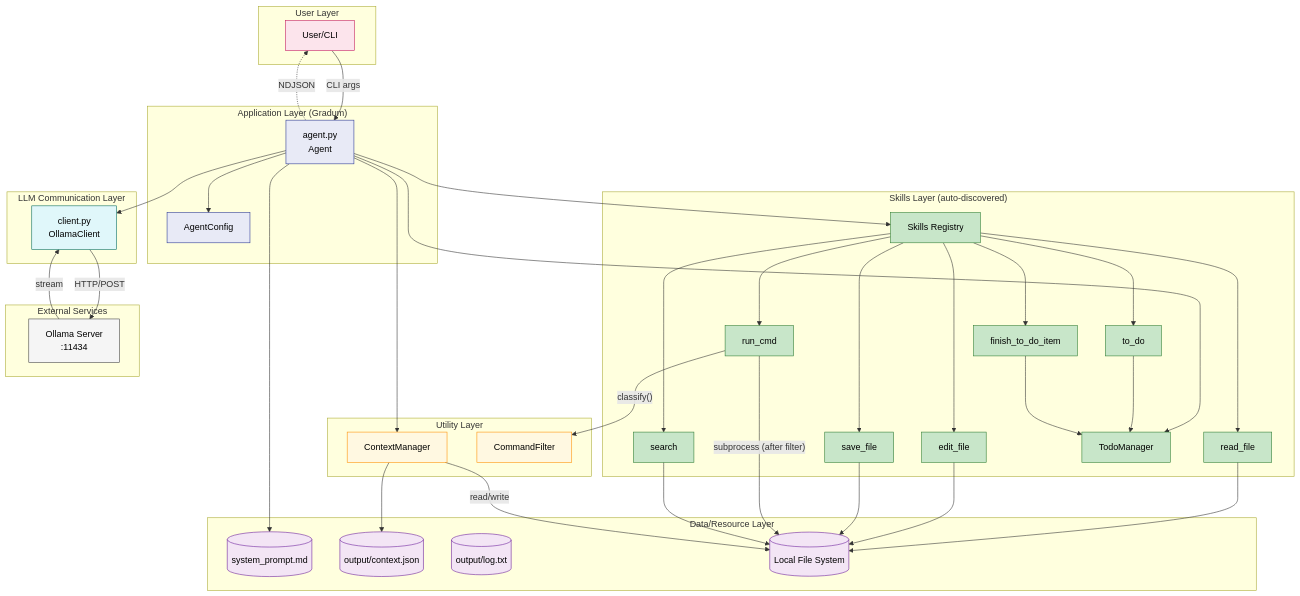
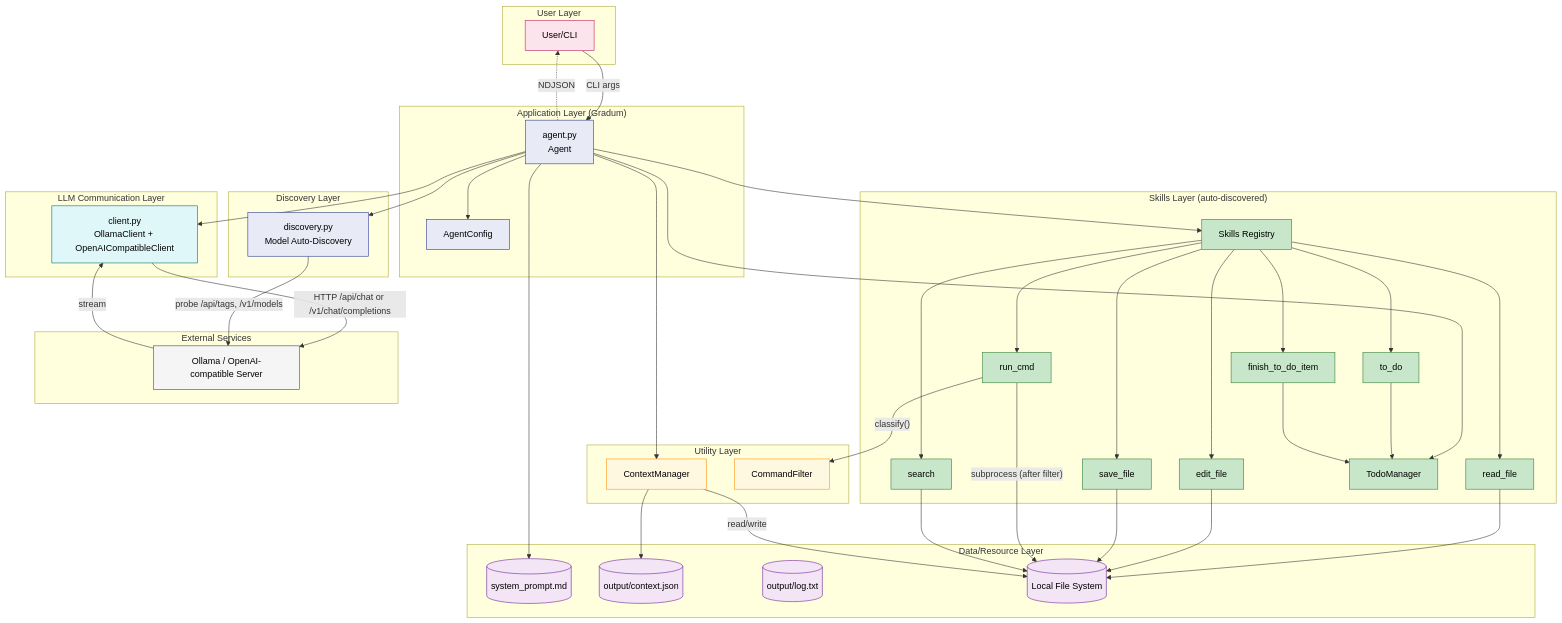
The tenth of 14 diagrams in docs/ARCHITECTURE.md (lg841226/Gradum), drawn with Mermaid before and after one commit. The commit also changed other lines of this file and 7 other files, not shown here.

```diff
--- a/docs/ARCHITECTURE.md
+++ b/docs/ARCHITECTURE.md
@@ -801,7 +855,11 @@
     end
 
     subgraph LLMIO["LLM Communication Layer"]
-        Client["client.py<br/>OllamaClient"]
+        Client["client.py<br/>OllamaClient + OpenAICompatibleClient"]
+    end
+
+    subgraph DiscoveryLayer["Discovery Layer"]
+        Discovery["discovery.py<br/>Model Auto-Discovery"]
     end
 
     subgraph SkillsLayer["Skills Layer (auto-discovered)"]
@@ -829,7 +887,7 @@
     end
 
     subgraph External["External Services"]
-        Ollama[Ollama Server<br/>:11434]
+        Ollama[Ollama / OpenAI-compatible Server]
     end
 
     U -->|CLI args| Agent
@@ -837,12 +895,15 @@
     Agent --> SysPrompt
     Agent --> IO
     Agent --> Client
+    Agent --> Discovery
     Agent --> Skills
     Agent --> TodoMgr
     Agent -.->|NDJSON| U
 
-    Client -->|HTTP/POST| Ollama
+    Client -->|HTTP /api/chat or /v1/chat/completions| Ollama
     Ollama -->|stream| Client
+
+    Discovery -->|probe /api/tags, /v1/models| Ollama
 
     Skills --> SRead
     Skills --> SEdit
@@ -875,6 +936,7 @@
     class U user
     class Agent,Cfg app
     class Client llm
+    class Discovery app
     class Skills,SRead,SEdit,SSave,SCmd,SSearch,STodo,SFinish,TodoMgr skill
     class IO util
     class CF util
```
